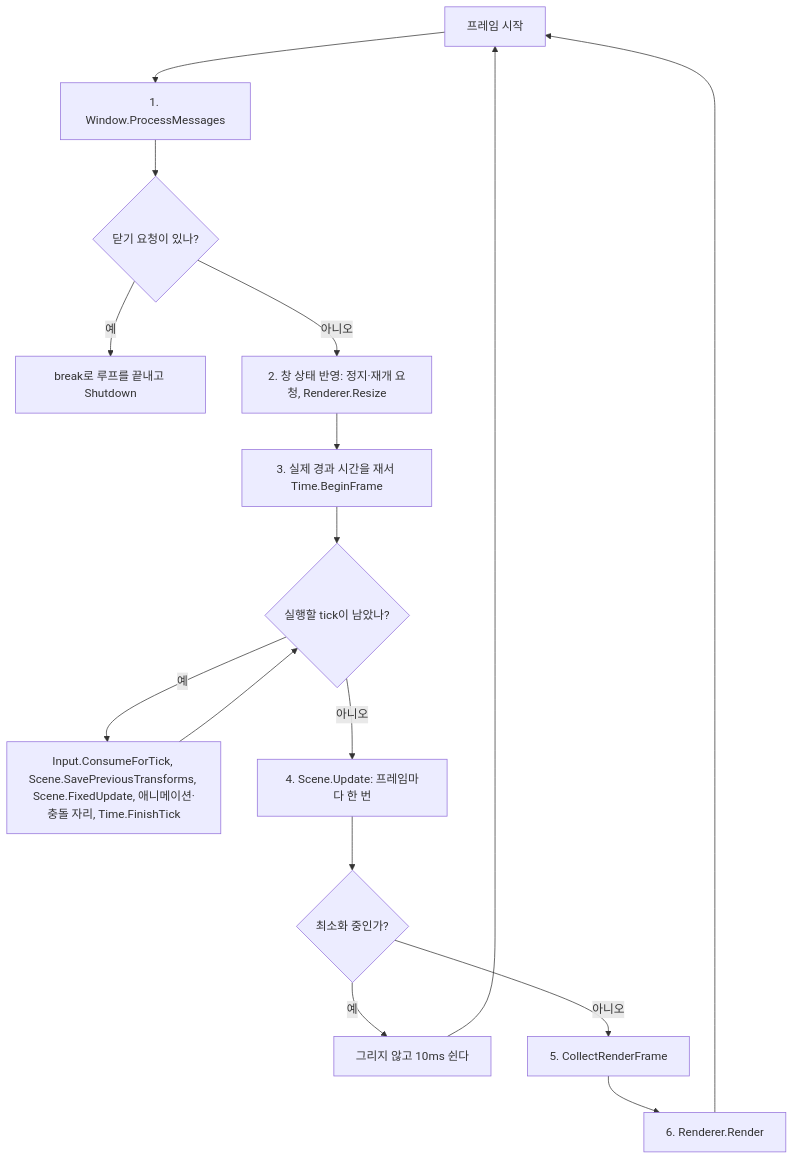
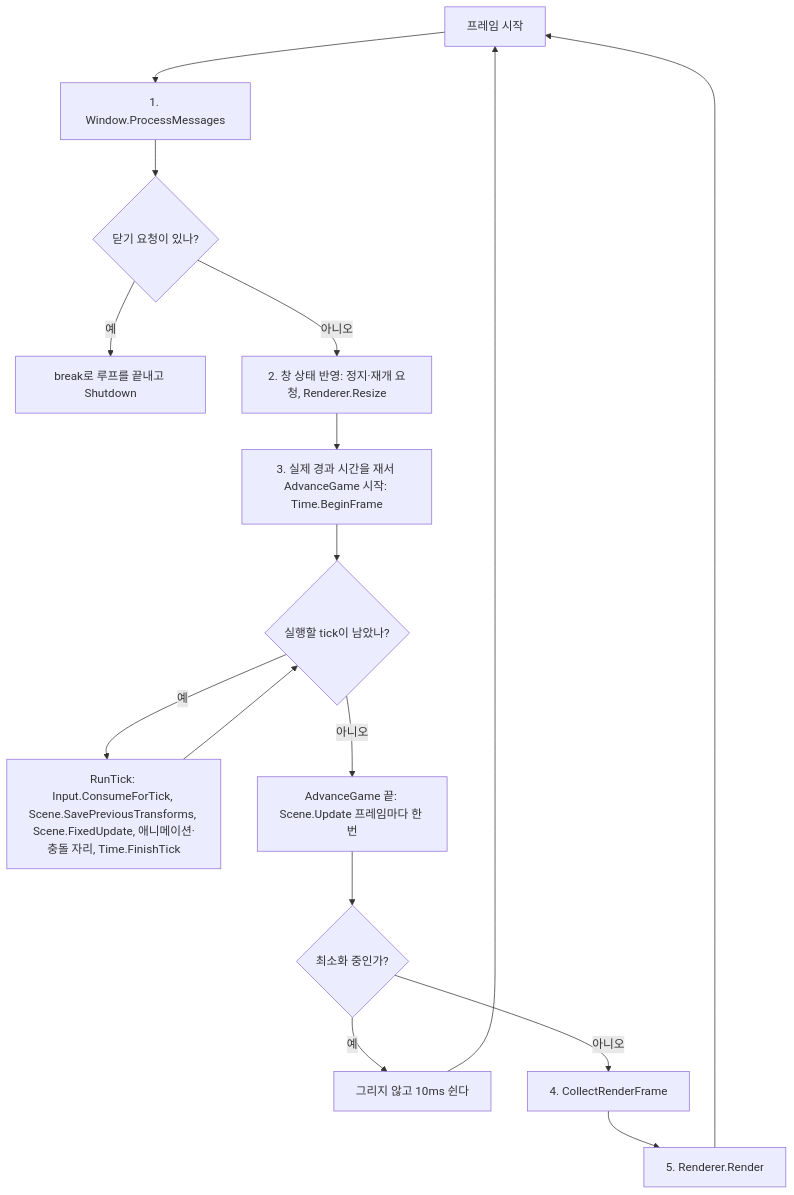
Before and after one commit to jung-seung-hwan/Nereides-Engine2: the diagram in docs/stages/03-3-update-split.md, drawn with Mermaid. The commit also changed other lines of this file and 3 other files, not shown here.

````diff
--- a/docs/stages/03-3-update-split.md
+++ b/docs/stages/03-3-update-split.md
@@ -54,18 +57,18 @@
 ```mermaid
 flowchart TD
     Start["프레임 시작"] --> Messages["1. Window.ProcessMessages"]
     Messages --> Closed{"닫기 요청이 있나?"}
     Closed -->|예| Break["break로 루프를 끝내고 Shutdown"]
     Closed -->|아니오| State["2. 창 상태 반영: 정지·재개 요청, Renderer.Resize"]
-    State --> Clock["3. 실제 경과 시간을 재서 Time.BeginFrame"]
+    State --> Clock["3. 실제 경과 시간을 재서 AdvanceGame 시작: Time.BeginFrame"]
     Clock --> Tick{"실행할 tick이 남았나?"}
-    Tick -->|예| Fixed["Input.ConsumeForTick, Scene.SavePreviousTransforms, Scene.FixedUpdate, 애니메이션·충돌 자리, Time.FinishTick"]
+    Tick -->|예| Fixed["RunTick: Input.ConsumeForTick, Scene.SavePreviousTransforms, Scene.FixedUpdate, 애니메이션·충돌 자리, Time.FinishTick"]
     Fixed --> Tick
-    Tick -->|아니오| Update["4. Scene.Update: 프레임마다 한 번"]
+    Tick -->|아니오| Update["AdvanceGame 끝: Scene.Update 프레임마다 한 번"]
     Update --> Minimized{"최소화 중인가?"}
     Minimized -->|예| Rest["그리지 않고 10ms 쉰다"]
-    Minimized -->|아니오| Collect["5. CollectRenderFrame"]
-    Collect --> Draw["6. Renderer.Render"]
+    Minimized -->|아니오| Collect["4. CollectRenderFrame"]
+    Collect --> Draw["5. Renderer.Render"]
     Rest --> Start
     Draw --> Start
 ```
````
